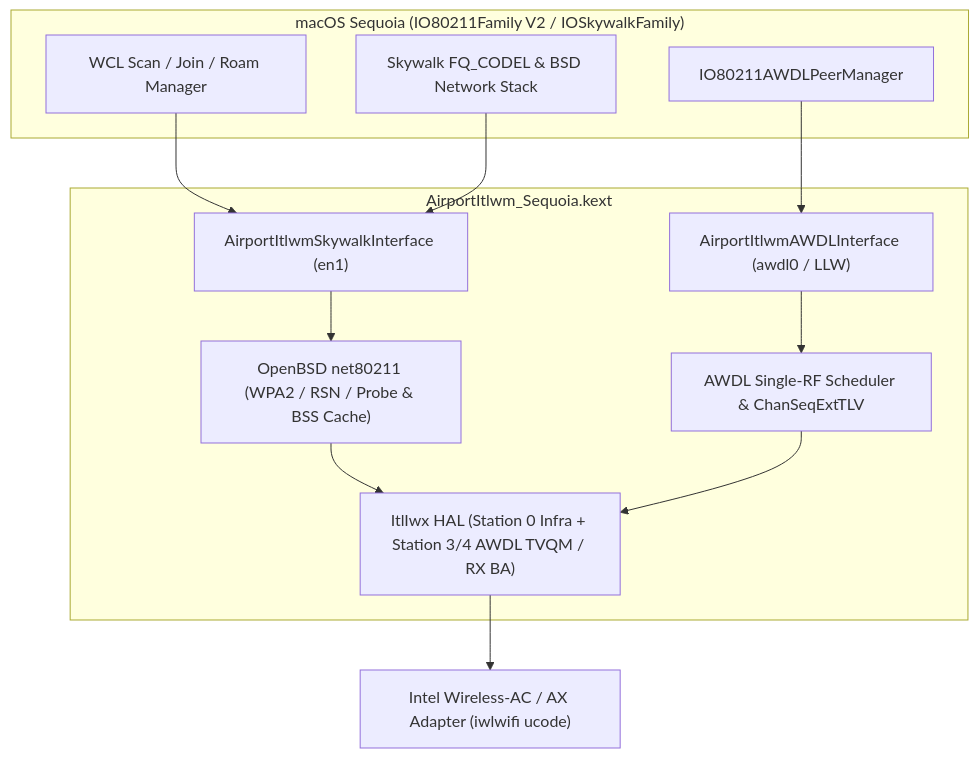
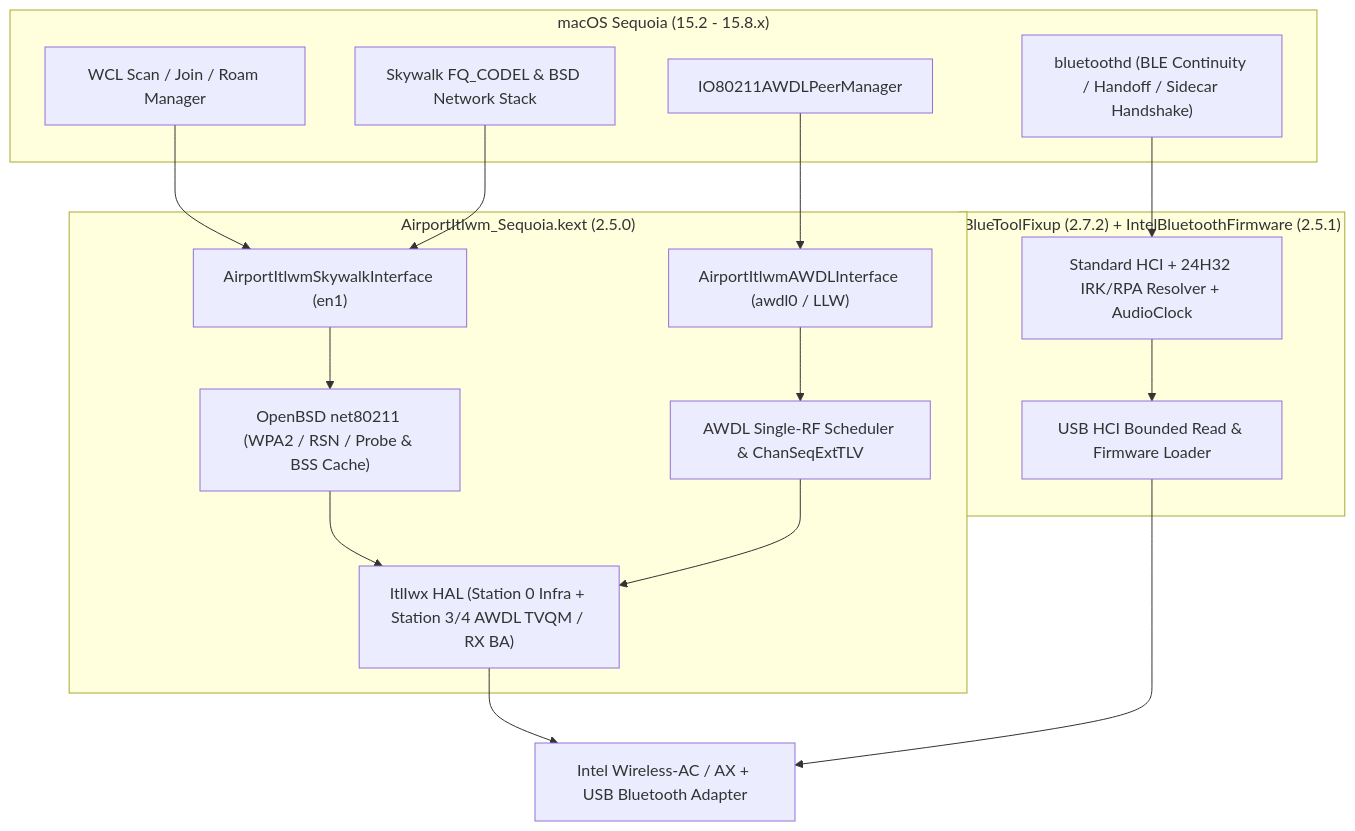
The diagram in README.md (YPuddin-Neko/AirportItlwm-Continuity), drawn with Mermaid before and after one commit. The commit also changed other lines of this file and 42 other files, not shown here.

First line of the commit message:
feat(bluetooth): integrate Sequoia Continuity Bluetooth companions and bump suite to v2.5.0

````diff
--- a/README.md
+++ b/README.md
@@ -52,27 +57,36 @@
 ```mermaid
 flowchart TD
-    subgraph macOS["macOS Sequoia (IO80211Family V2 / IOSkywalkFamily)"]
+    subgraph macOS["macOS Sequoia (15.2 - 15.8.x)"]
         WCL["WCL Scan / Join / Roam Manager"]
         PM["IO80211AWDLPeerManager"]
         FQ["Skywalk FQ_CODEL & BSD Network Stack"]
+        BTD["bluetoothd (BLE Continuity / Handoff / Sidecar Handshake)"]
     end
 
-    subgraph Kext["AirportItlwm_Sequoia.kext"]
+    subgraph WiFiKext["AirportItlwm_Sequoia.kext (2.5.0)"]
         SKY["AirportItlwmSkywalkInterface (en1)"]
         AWDLIF["AirportItlwmAWDLInterface (awdl0 / LLW)"]
         SCHED["AWDL Single-RF Scheduler & ChanSeqExtTLV"]
         NET80211["OpenBSD net80211 (WPA2 / RSN / Probe & BSS Cache)"]
         HAL["ItlIwx HAL (Station 0 Infra + Station 3/4 AWDL TVQM / RX BA)"]
     end
 
-    HW["Intel Wireless-AC / AX Adapter (iwlwifi ucode)"]
+    subgraph BTKexts["BlueToolFixup (2.7.2) + IntelBluetoothFirmware (2.5.1)"]
+        BTFIX["Standard HCI + 24H32 IRK/RPA Resolver + AudioClock"]
+        BTFW["USB HCI Bounded Read & Firmware Loader"]
+    end
+
+    HW["Intel Wireless-AC / AX + USB Bluetooth Adapter"]
 
     WCL --> SKY
     FQ --> SKY
     PM --> AWDLIF
     SKY --> NET80211
     AWDLIF --> SCHED
     NET80211 --> HAL
     SCHED --> HAL
     HAL --> HW
+    BTD --> BTFIX
+    BTFIX --> BTFW
+    BTFW --> HW
 ```
````
